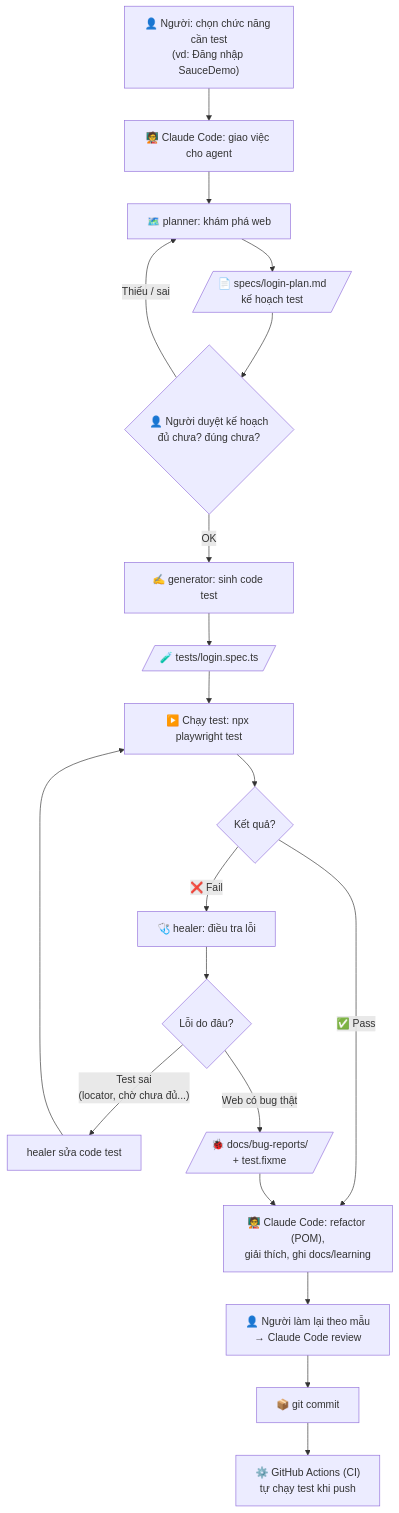
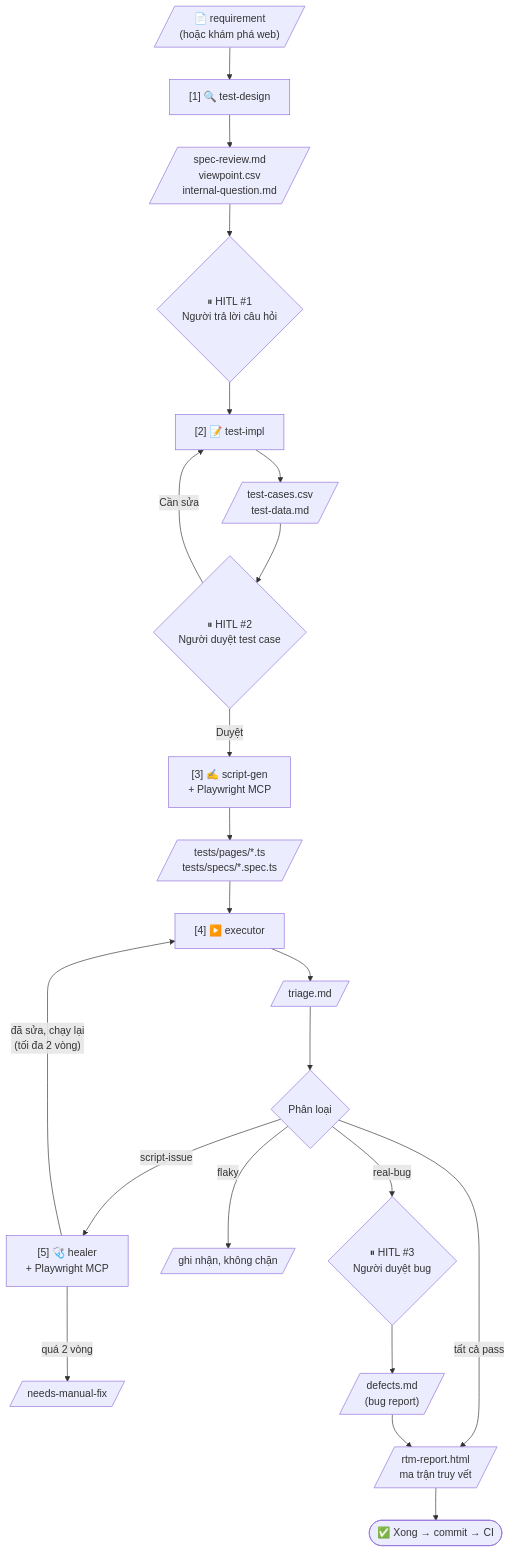
Before and after one commit to MyHanhYuuki/playwright-ai-qa-portfolio: the diagram in docs/ai-agent-workflow.md, drawn with Mermaid. The commit also changed other lines of this file and 22 other files, not shown here.

First line of the commit message:
feat: adopt QA agent pipeline (5 agents + orchestrator + HITL) with Playwright MCP

````diff
--- a/docs/ai-agent-workflow.md
+++ b/docs/ai-agent-workflow.md
@@ -53,22 +64,24 @@
 ```mermaid
 flowchart TD
-    A["👤 Người: chọn chức năng cần test<br/>(vd: Đăng nhập SauceDemo)"] --> B["🧑‍🏫 Claude Code: giao việc cho agent"]
-    B --> C["🗺️ planner: khám phá web"]
-    C --> D[/"📄 specs/login-plan.md<br/>kế hoạch test"/]
-    D --> E{"👤 Người duyệt kế hoạch<br/>đủ chưa? đúng chưa?"}
-    E -- "Thiếu / sai" --> C
-    E -- "OK" --> F["✍️ generator: sinh code test"]
-    F --> G[/"🧪 tests/login.spec.ts"/]
-    G --> H["▶️ Chạy test: npx playwright test"]
-    H --> I{"Kết quả?"}
-    I -- "✅ Pass" --> J["🧑‍🏫 Claude Code: refactor (POM),<br/>giải thích, ghi docs/learning"]
-    I -- "❌ Fail" --> K["🩺 healer: điều tra lỗi"]
-    K --> L{"Lỗi do đâu?"}
-    L -- "Test sai<br/>(locator, chờ chưa đủ...)" --> M["healer sửa code test"]
-    M --> H
-    L -- "Web có bug thật" --> N[/"🐞 docs/bug-reports/<br/>+ test.fixme"/]
-    N --> J
-    J --> O["👤 Người làm lại theo mẫu<br/>→ Claude Code review"]
-    O --> P["📦 git commit"]
-    P --> Q["⚙️ GitHub Actions (CI)<br/>tự chạy test khi push"]
+    R[/"📄 requirement<br/>(hoặc khám phá web)"/] --> TD["[1] 🔍 test-design"]
+    TD --> A1[/"spec-review.md<br/>viewpoint.csv<br/>internal-question.md"/]
+    A1 --> H1{"⏸ HITL #1<br/>Người trả lời câu hỏi"}
+    H1 --> TI["[2] 📝 test-impl"]
+    TI --> A2[/"test-cases.csv<br/>test-data.md"/]
+    A2 --> H2{"⏸ HITL #2<br/>Người duyệt test case"}
+    H2 -- "Cần sửa" --> TI
+    H2 -- "Duyệt" --> SG["[3] ✍️ script-gen<br/>+ Playwright MCP"]
+    SG --> A3[/"tests/pages/*.ts<br/>tests/specs/*.spec.ts"/]
+    A3 --> EX["[4] ▶️ executor"]
+    EX --> A4[/"triage.md"/]
+    A4 --> Q{"Phân loại"}
+    Q -- "script-issue" --> HE["[5] 🩺 healer<br/>+ Playwright MCP"]
+    HE -- "đã sửa, chạy lại<br/>(tối đa 2 vòng)" --> EX
+    HE -- "quá 2 vòng" --> MF[/"needs-manual-fix"/]
+    Q -- "flaky" --> FL[/"ghi nhận, không chặn"/]
+    Q -- "real-bug" --> H3{"⏸ HITL #3<br/>Người duyệt bug"}
+    Q -- "tất cả pass" --> RTM
+    H3 --> DF[/"defects.md<br/>(bug report)"/]
+    DF --> RTM[/"rtm-report.html<br/>ma trận truy vết"/]
+    RTM --> DONE(["✅ Xong → commit → CI"])
 ```
````
